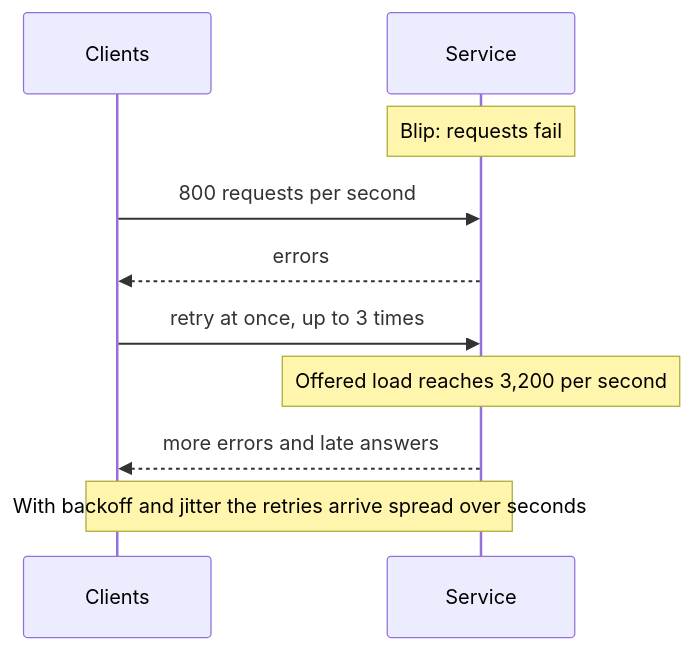
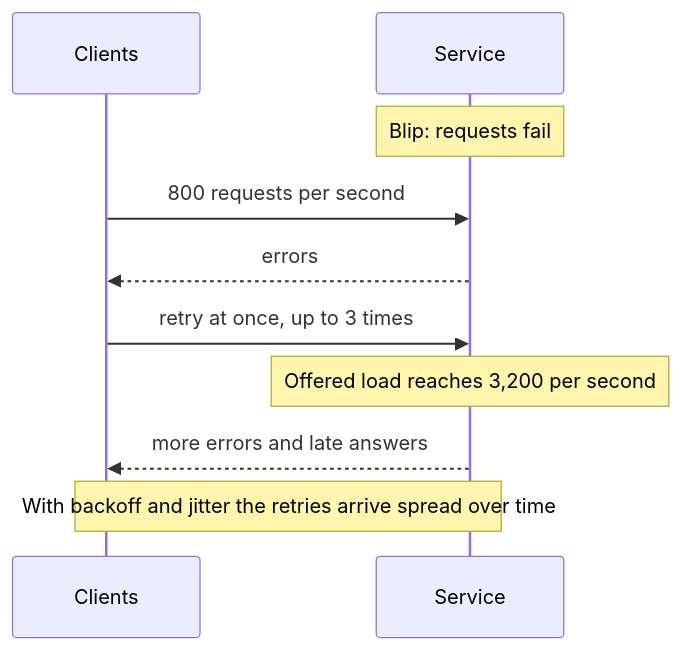
Diagram 12 of 14 in site/authored/sd/antipatterns.md (pravnyadv/dev-essentials), drawn with Mermaid before and after one commit. The commit also changed other lines of this file and 66 other files, not shown here.

````diff
--- a/site/authored/sd/antipatterns.md
+++ b/site/authored/sd/antipatterns.md
@@ -534,12 +544,12 @@
 ```mermaid Instant retries pile on the failing service, backoff with jitter spreads them out
 sequenceDiagram
   participant C as Clients
   participant S as Service
   Note over S: Blip: requests fail
   C->>S: 800 requests per second
   S-->>C: errors
   C->>S: retry at once, up to 3 times
   Note over S: Offered load reaches 3,200 per second
   S-->>C: more errors and late answers
-  Note over C,S: With backoff and jitter the retries arrive spread over seconds
+  Note over C,S: With backoff and jitter the retries arrive spread over time
 ```
````
